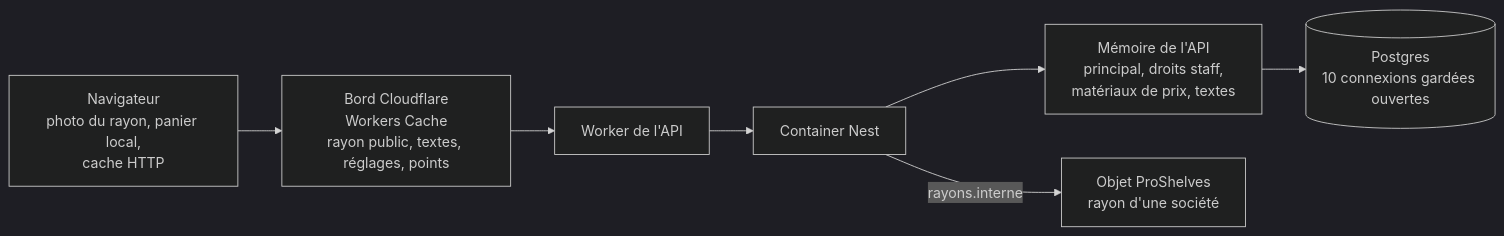
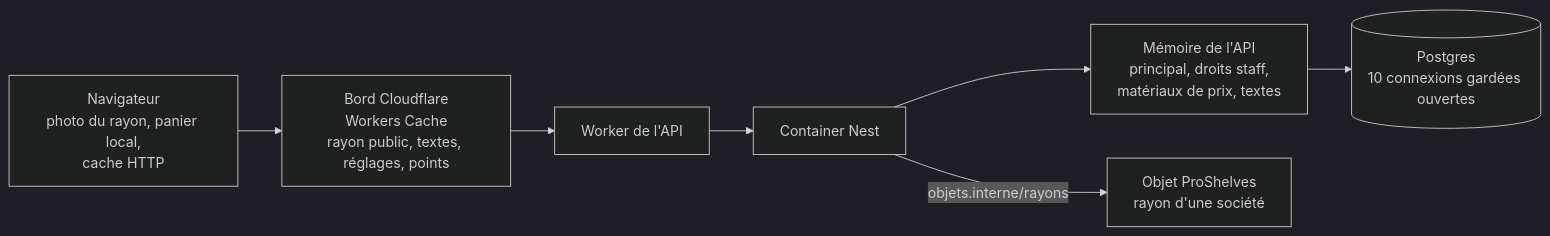
One commit to hugoheynard/lfd changed the first of 2 diagrams in documentation/caching-usage/carte-des-caches.md. Above: the diagram before and after it, drawn with Mermaid (dark theme). The commit also changed other lines of this file and 49 other files, not shown here.

````diff
--- a/documentation/caching-usage/carte-des-caches.md
+++ b/documentation/caching-usage/carte-des-caches.md
@@ -66,9 +66,9 @@
 ```mermaid
 flowchart LR
   N["Navigateur<br/>photo du rayon, panier local,<br/>cache HTTP"] --> E["Bord Cloudflare<br/>Workers Cache<br/>rayon public, textes, réglages, points"]
   E --> W["Worker de l'API"]
   W --> C["Container Nest"]
   C --> M["Mémoire de l'API<br/>principal, droits staff,<br/>matériaux de prix, textes"]
-  C -- "rayons.interne" --> P["Objet ProShelves<br/>rayon d'une société"]
+  C -- "objets.interne/rayons" --> P["Objet ProShelves<br/>rayon d'une société"]
   M --> B[("Postgres<br/>10 connexions gardées ouvertes")]
 ```
````
